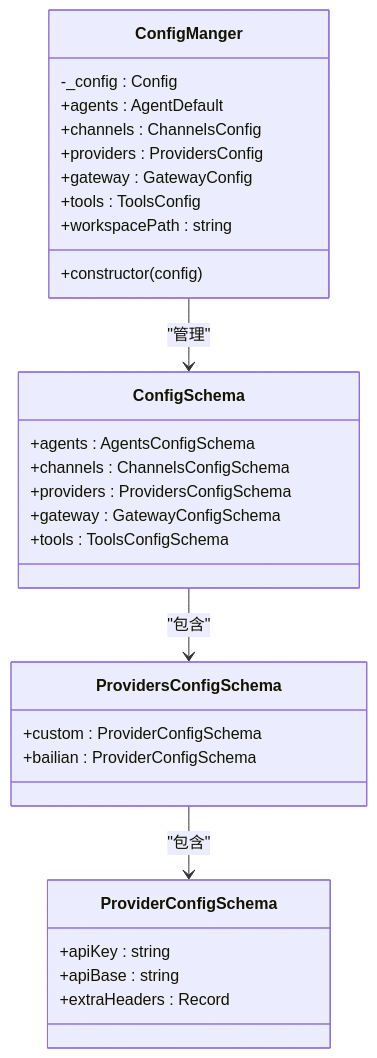
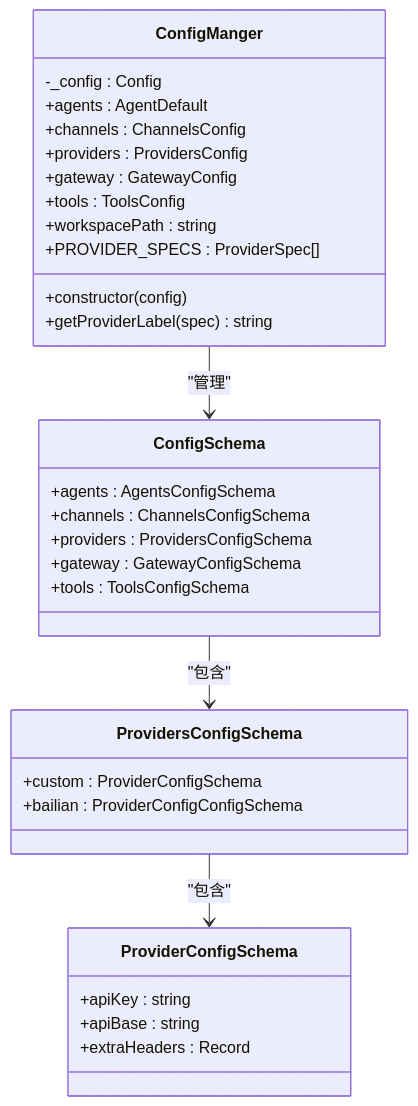
The third of 11 diagrams in .qoder/repowiki/zh/content/配置系统/提供者注册系统.md (neciszhang/batbot), drawn with Mermaid before and after one commit. The commit also changed other lines of this file and 4 other files, not shown here.

````diff
--- a/.qoder/repowiki/zh/content/配置系统/提供者注册系统.md
+++ b/.qoder/repowiki/zh/content/配置系统/提供者注册系统.md
@@ -135,32 +143,34 @@
 ```mermaid
 classDiagram
 class ConfigSchema {
 +agents : AgentsConfigSchema
 +channels : ChannelsConfigSchema
 +providers : ProvidersConfigSchema
 +gateway : GatewayConfigSchema
 +tools : ToolsConfigSchema
 }
 class ProvidersConfigSchema {
 +custom : ProviderConfigSchema
-+bailian : ProviderConfigSchema
++bailian : ProviderConfigConfigSchema
 }
 class ProviderConfigSchema {
 +apiKey : string
 +apiBase : string
 +extraHeaders : Record
 }
 class ConfigManger {
 -_config : Config
 +constructor(config)
 +agents : AgentDefault
 +channels : ChannelsConfig
 +providers : ProvidersConfig
 +gateway : GatewayConfig
 +tools : ToolsConfig
 +workspacePath : string
++getProviderLabel(spec) string
++PROVIDER_SPECS : ProviderSpec[]
 }
 ConfigSchema --> ProvidersConfigSchema : "包含"
 ProvidersConfigSchema --> ProviderConfigSchema : "包含"
 ConfigManger --> ConfigSchema : "管理"
 ```
````
